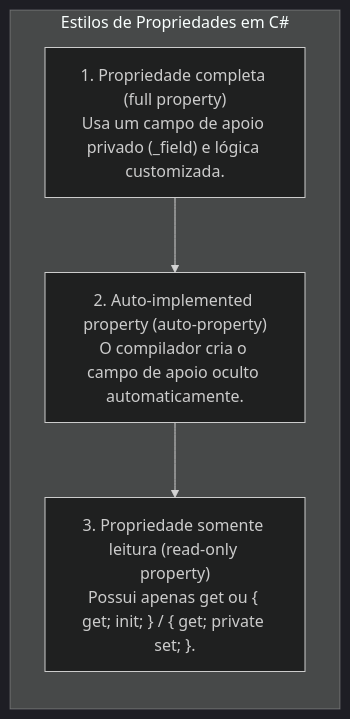
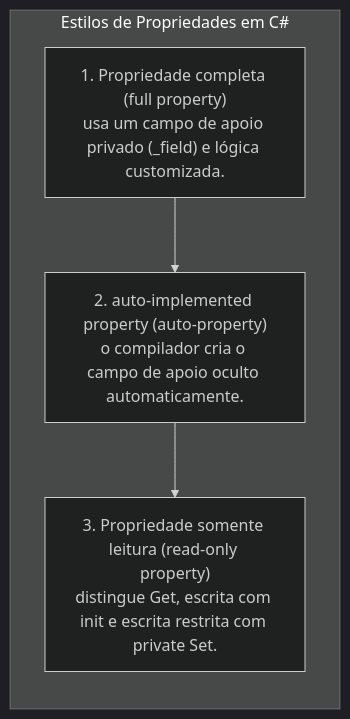
One commit to leorruas/puc changed the seventh of 7 diagrams in 01. Programacao Modular/09. Atributos estáticos e propriedades (compartilhamento de estado e encapsulamento).md. Above: the diagram before and after it, drawn with Mermaid (dark theme). The commit also changed other lines of this file and 10 other files, not shown here.

````diff
--- a/01. Programacao Modular/09. Atributos estáticos e propriedades (compartilhamento de estado e encapsulamento).md
+++ b/01. Programacao Modular/09. Atributos estáticos e propriedades (compartilhamento de estado e encapsulamento).md
@@ -178,12 +548,12 @@
 ```mermaid
 flowchart TD
     subgraph EstilosPropriedades ["Estilos de Propriedades em C#"]
         direction TB
-        P1["1. Propriedade completa (full property)<br>Usa um campo de apoio privado (_field) e lógica customizada."]
-        P2["2. Auto-implemented property (auto-property)<br>O compilador cria o campo de apoio oculto automaticamente."]
-        P3["3. Propriedade somente leitura (read-only property)<br>Possui apenas get ou { get; init; } / { get; private set; }."]
+        P1["1. Propriedade completa (full property)<br>usa um campo de apoio privado (_field) e lógica customizada."]
+        P2["2. auto-implemented property (auto-property)<br>o compilador cria o campo de apoio oculto automaticamente."]
+        P3["3. Propriedade somente leitura (read-only property)<br>distingue Get, escrita com init e escrita restrita com private Set."]
 
         P1 --> P2
         P2 --> P3
     end
 ```
````
